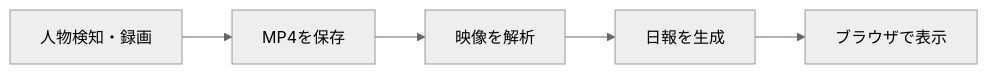
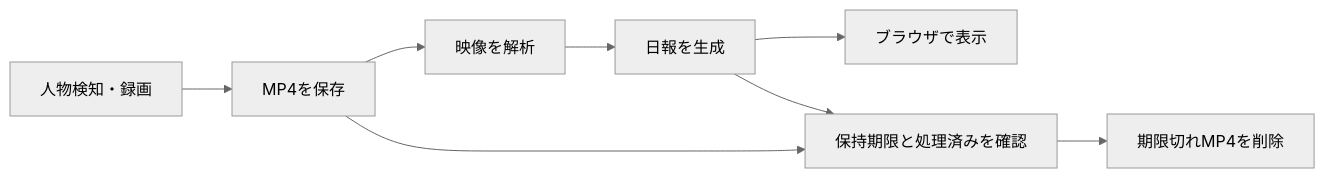
The diagram in docs/architecture.md (Yoto/reolink-daily-observer), drawn with Mermaid (neutral theme) before and after one commit. The commit also changed other lines of this file and 18 other files, not shown here.

````diff
--- a/docs/architecture.md
+++ b/docs/architecture.md
@@ -9,7 +9,10 @@
 ```mermaid
 flowchart LR
     Camera["人物検知・録画"] --> MP4["MP4を保存"]
     MP4 --> Analyzer["映像を解析"]
     Analyzer --> Report["日報を生成"]
     Report --> Viewer["ブラウザで表示"]
+    MP4 --> Retention["保持期限と処理済みを確認"]
+    Report --> Retention
+    Retention --> Delete["期限切れMP4を削除"]
 ```
````
